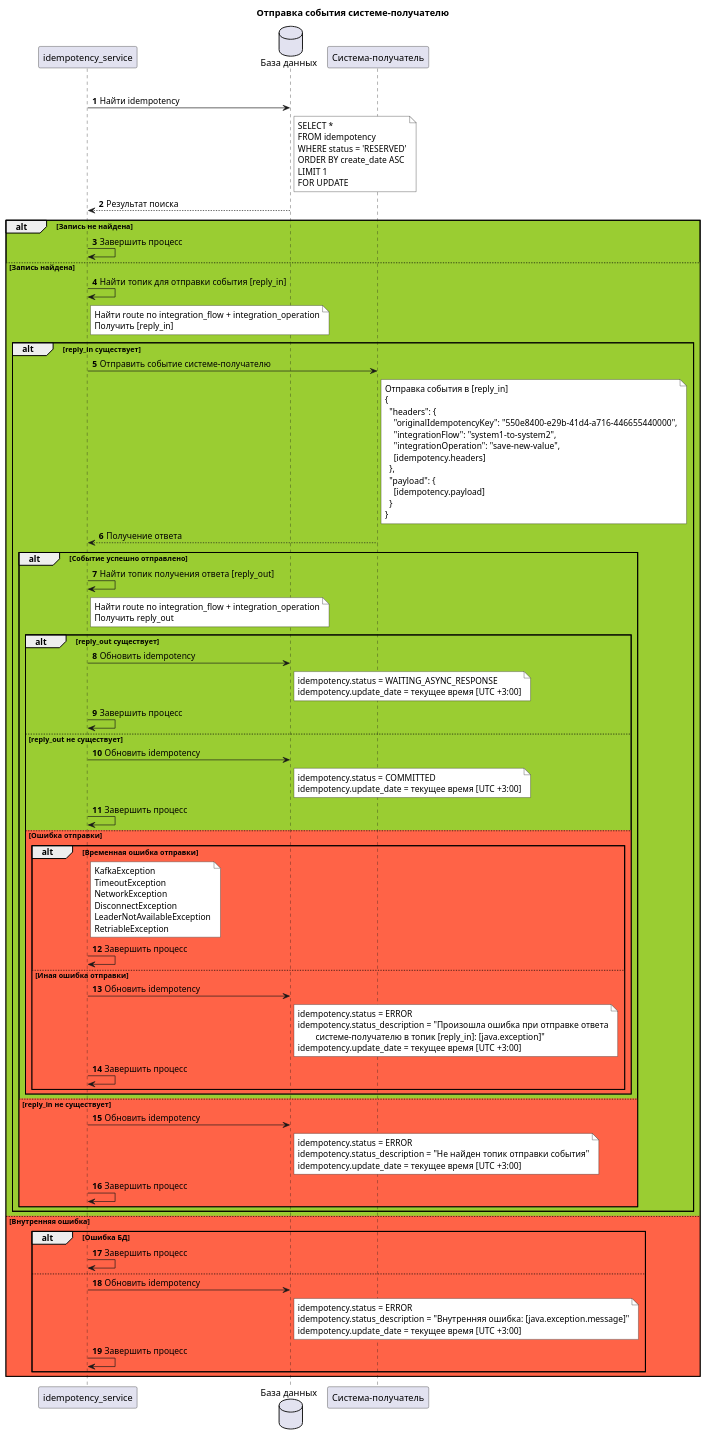
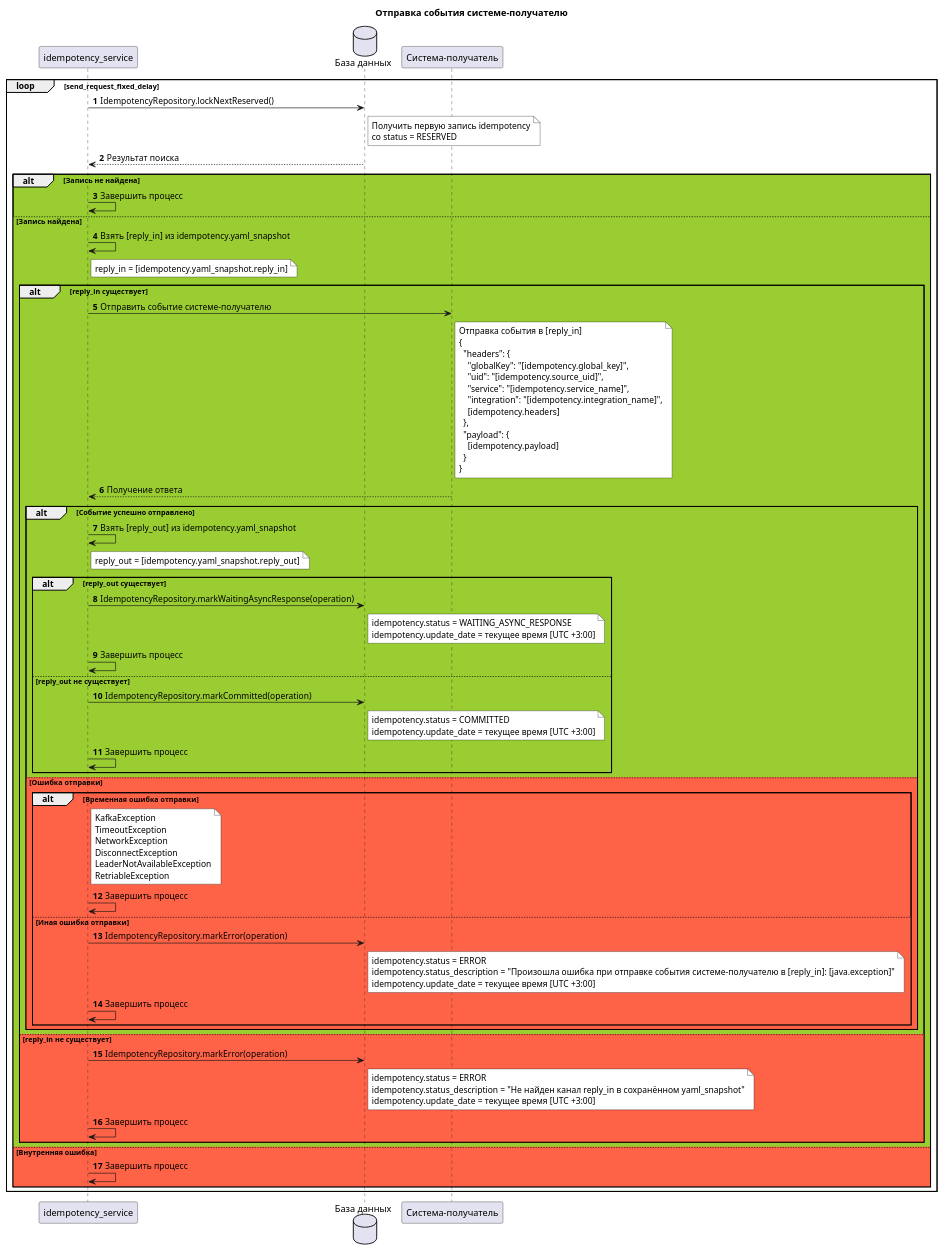
The diagram in architecture/3.puml (idempotence-service/core), drawn with PlantUML before and after one commit. The commit also changed 8 other files, not shown here.

```diff
--- a/architecture/3.puml
+++ b/architecture/3.puml
@@ -1,128 +1,113 @@
 @startuml
 title Отправка события системе-получателю
 
 autonumber
 
 participant "idempotency_service" as IdemService
 database "База данных" as DB
 participant "Система-получатель" as Receiver
 
 loop send_request_fixed_delay
 
-    IdemService -> DB : Найти idempotency
+    IdemService -> DB : IdempotencyRepository.lockNextReserved()
     note right of DB #FFFFFF
-        SELECT *
-        FROM idempotency
-        WHERE status = 'RESERVED'
-        ORDER BY create_date ASC
-        LIMIT 1
-        FOR UPDATE
+        Получить первую запись idempotency
+        со status = RESERVED
     end note
 
     DB --> IdemService : Результат поиска
 
     alt #yellowgreen Запись не найдена
         IdemService -> IdemService : Завершить процесс
 
     else #yellowgreen Запись найдена
 
-        IdemService -> IdemService : Найти топик для отправки события [reply_in]
+        IdemService -> IdemService : Взять [reply_in] из idempotency.yaml_snapshot
 
         note right of IdemService #FFFFFF
-            Найти route по integration_flow + integration_operation
-            Получить [reply_in]
+            reply_in = [idempotency.yaml_snapshot.reply_in]
         end note
 
         alt reply_in существует
 
             IdemService -> Receiver : Отправить событие системе-получателю
             note right of Receiver #FFFFFF
                 Отправка события в [reply_in]
                 {
                   "headers": {
-                    "originalIdempotencyKey": "550e8400-e29b-41d4-a716-446655440000",
-                    "integrationFlow": "system1-to-system2",
-                    "integrationOperation": "save-new-value",
+                    "globalKey": "[idempotency.global_key]",
+                    "uid": "[idempotency.source_uid]",
+                    "service": "[idempotency.service_name]",
+                    "integration": "[idempotency.integration_name]",
                     [idempotency.headers]
                   },
                   "payload": {
                     [idempotency.payload]
                   }
                 }
             end note
 
             Receiver --> IdemService : Получение ответа
 
             alt Событие успешно отправлено
-                IdemService -> IdemService : Найти топик получения ответа [reply_out]
+                IdemService -> IdemService : Взять [reply_out] из idempotency.yaml_snapshot
                 note right of IdemService #FFFFFF
-                    Найти route по integration_flow + integration_operation
-                    Получить reply_out
+                    reply_out = [idempotency.yaml_snapshot.reply_out]
                 end note
 
                 alt reply_out существует
-                    IdemService -> DB : Обновить idempotency
+                    IdemService -> DB : IdempotencyRepository.markWaitingAsyncResponse(operation)
                     note right of DB #FFFFFF
                         idempotency.status = WAITING_ASYNC_RESPONSE
                         idempotency.update_date = текущее время [UTC +3:00]
                     end note
                     IdemService -> IdemService : Завершить процесс
 
                 else reply_out не существует
-                    IdemService -> DB : Обновить idempotency
+                    IdemService -> DB : IdempotencyRepository.markCommitted(operation)
                     note right of DB #FFFFFF
                         idempotency.status = COMMITTED
                         idempotency.update_date = текущее время [UTC +3:00]
                     end note
                     IdemService -> IdemService : Завершить процесс
+                end
             else #tomato Ошибка отправки
                 alt Временная ошибка отправки
                     note right of IdemService #FFFFFF
                         KafkaException
                         TimeoutException
                         NetworkException
                         DisconnectException
                         LeaderNotAvailableException
                         RetriableException
                     end note
 
                     IdemService -> IdemService : Завершить процесс
 
                 else #tomato Иная ошибка отправки
-                    IdemService -> DB : Обновить idempotency
+                    IdemService -> DB : IdempotencyRepository.markError(operation)
                     note right of DB #FFFFFF
                         idempotency.status = ERROR
-                        idempotency.status_description = "Произошла ошибка при отправке ответа
-                                системе-получателю в топик [reply_in]: [java.exception]"
+                        idempotency.status_description = "Произошла ошибка при отправке события системе-получателю в [reply_in]: [java.exception]"
                         idempotency.update_date = текущее время [UTC +3:00]
                     end note
                     IdemService -> IdemService : Завершить процесс
                 end
             end
 
         else #tomato reply_in не существует
 
-            IdemService -> DB : Обновить idempotency
+            IdemService -> DB : IdempotencyRepository.markError(operation)
             note right of DB #FFFFFF
                 idempotency.status = ERROR
-                idempotency.status_description = "Не найден топик отправки события"
+                idempotency.status_description = "Не найден канал reply_in в сохранённом yaml_snapshot"
                 idempotency.update_date = текущее время [UTC +3:00]
             end note
 
             IdemService -> IdemService : Завершить процесс
         end
-    end
-else #tomato Внутренняя ошибка
-    alt Ошибка БД
-        IdemService -> IdemService : Завершить процесс
-    else
-        IdemService -> DB : Обновить idempotency
-        note right of DB #FFFFFF
-            idempotency.status = ERROR
-            idempotency.status_description = "Внутренняя ошибка: [java.exception.message]"
-            idempotency.update_date = текущее время [UTC +3:00]
-        end note
+    else #tomato Внутренняя ошибка
         IdemService -> IdemService : Завершить процесс
     end
 end
 @enduml
```
